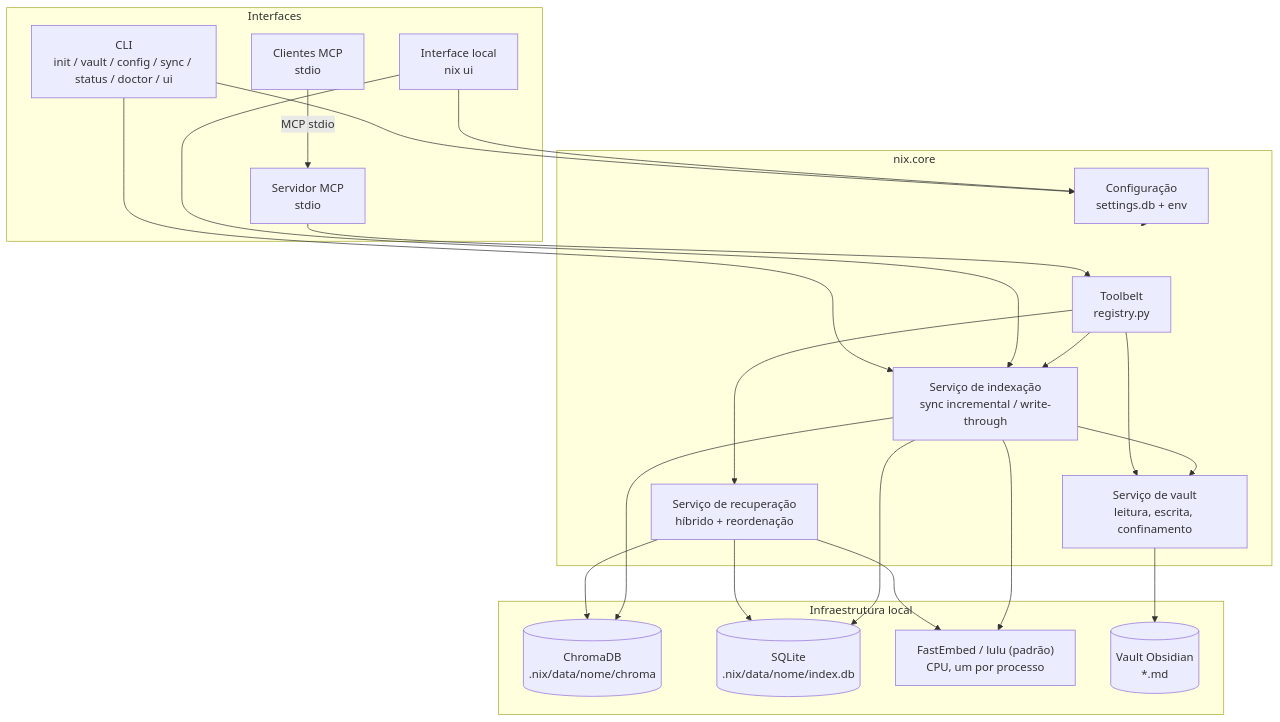
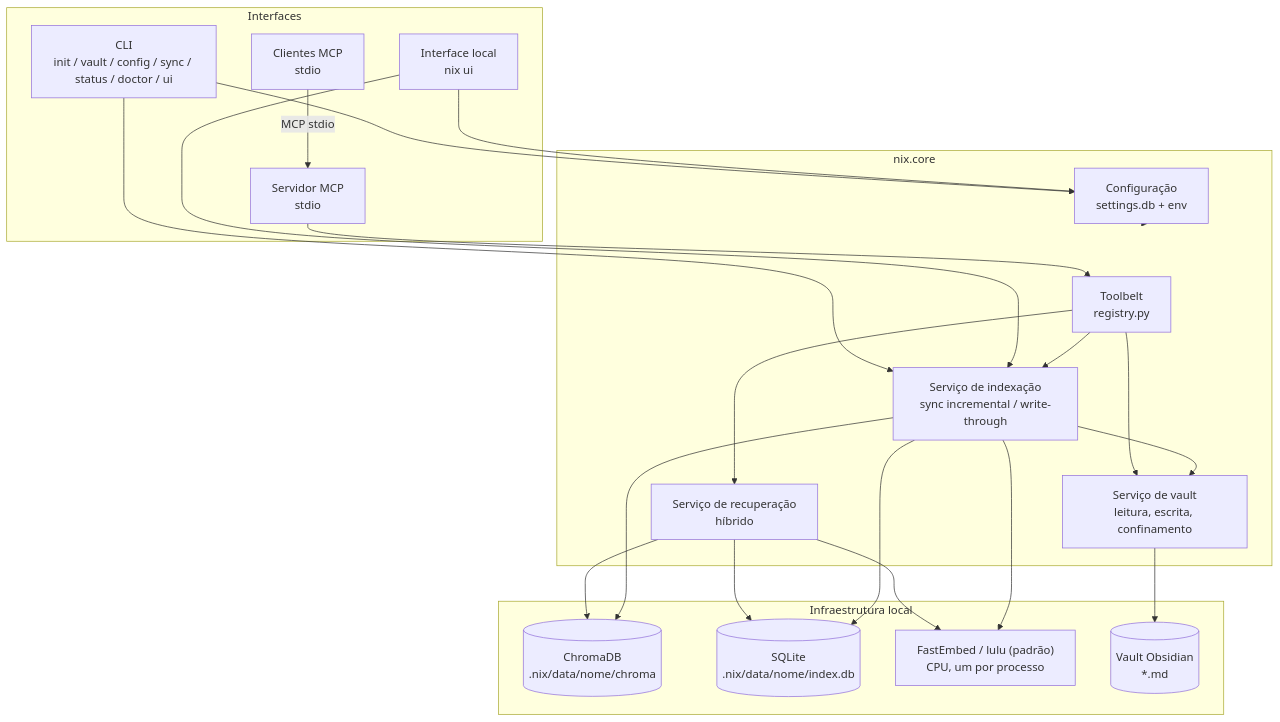
One commit to paulocesaaars/nix changed the first of 4 diagrams in TDD.md. Above: the diagram before and after it, drawn with Mermaid. The commit also changed other lines of this file and 3 other files, not shown here.

````diff
--- a/TDD.md
+++ b/TDD.md
@@ -40,43 +40,43 @@
 ```mermaid
 graph TB
     subgraph Interfaces
         Client["Clientes MCP<br/>stdio"]
         CLI["CLI<br/>init / vault / config / sync / status / doctor / ui"]
         UI["Interface local<br/>nix ui"]
         MCP["Servidor MCP<br/>stdio"]
     end
 
     subgraph Core["nix.core"]
         TOOLS["Toolbelt<br/>registry.py"]
-        RAG["Serviço de recuperação<br/>híbrido + reordenação"]
+        RAG["Serviço de recuperação<br/>híbrido"]
         IDX["Serviço de indexação<br/>sync incremental / write-through"]
         VAULT["Serviço de vault<br/>leitura, escrita, confinamento"]
         CFG["Configuração<br/>settings.db + env"]
     end
 
     subgraph Infra["Infraestrutura local"]
         CHROMA[("ChromaDB<br/>.nix/data/nome/chroma")]
         SQLITE[("SQLite<br/>.nix/data/nome/index.db")]
         EMB["FastEmbed / lulu (padrão)<br/>CPU, um por processo"]
         FS[("Vault Obsidian<br/>*.md")]
     end
 
     Client -->|"MCP stdio"| MCP
     CLI --> CFG
     CLI --> IDX
     UI --> CFG
     UI --> IDX
     MCP --> TOOLS
     TOOLS --> RAG
     TOOLS --> VAULT
     TOOLS --> IDX
     RAG --> CHROMA
     RAG --> SQLITE
     RAG --> EMB
     IDX --> CHROMA
     IDX --> SQLITE
     IDX --> EMB
     IDX --> VAULT
     VAULT --> FS
     CFG -.-> Core
 ```
````
